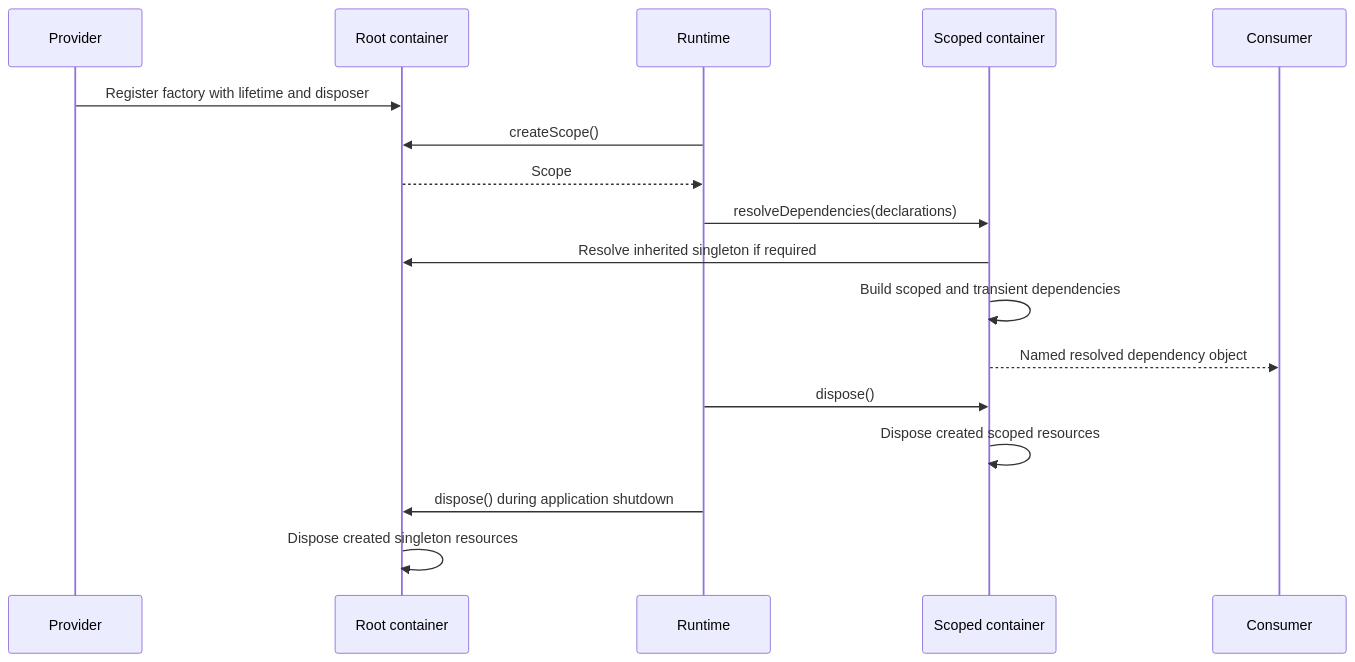
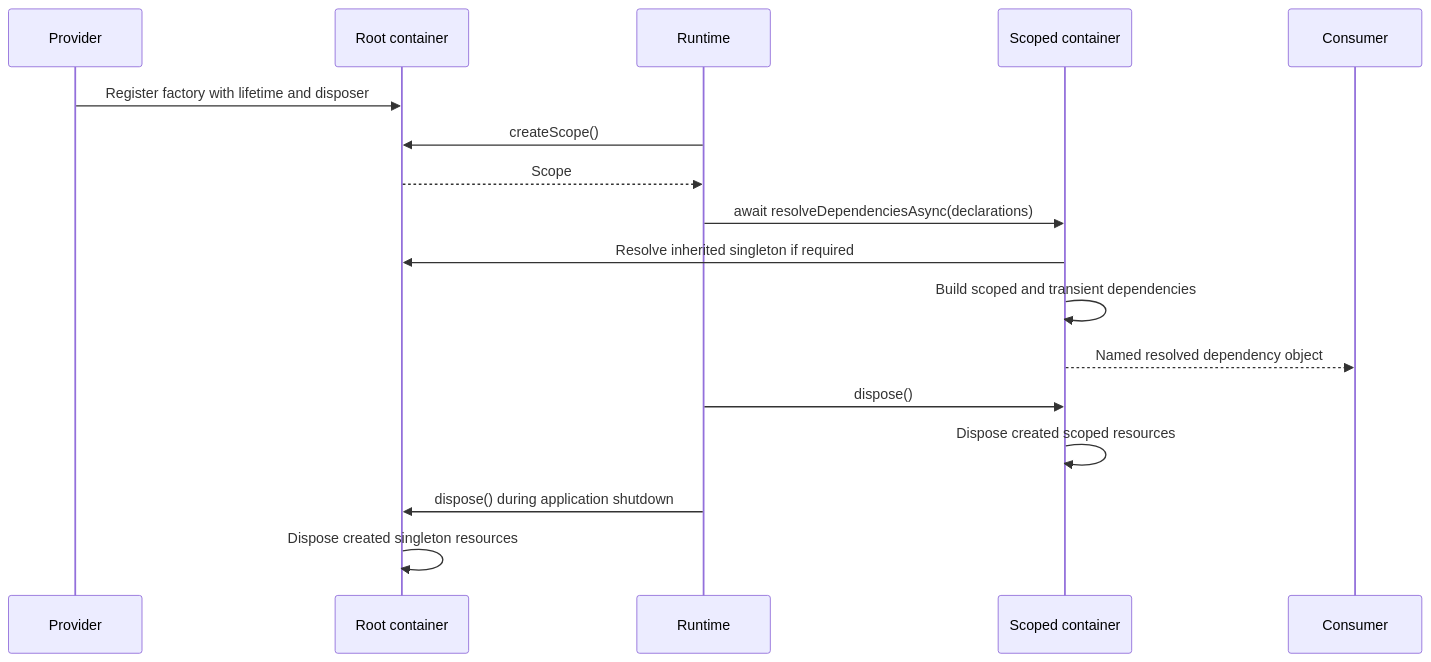
Before and after one commit to antarestupin/kestrel-framework: the second of 2 diagrams in docs/implementation/di.md, drawn with Mermaid. The commit also changed other lines of this file and 22 other files, not shown here.

````diff
--- a/docs/implementation/di.md
+++ b/docs/implementation/di.md
@@ -50,20 +53,20 @@
 ```mermaid
 sequenceDiagram
     participant Provider
     participant Root as Root container
     participant Runtime
     participant Scope as Scoped container
     participant Consumer
 
     Provider->>Root: Register factory with lifetime and disposer
     Runtime->>Root: createScope()
     Root-->>Runtime: Scope
-    Runtime->>Scope: resolveDependencies(declarations)
+    Runtime->>Scope: await resolveDependenciesAsync(declarations)
     Scope->>Root: Resolve inherited singleton if required
     Scope->>Scope: Build scoped and transient dependencies
     Scope-->>Consumer: Named resolved dependency object
     Runtime->>Scope: dispose()
     Scope->>Scope: Dispose created scoped resources
     Runtime->>Root: dispose() during application shutdown
     Root->>Root: Dispose created singleton resources
 ```
````
